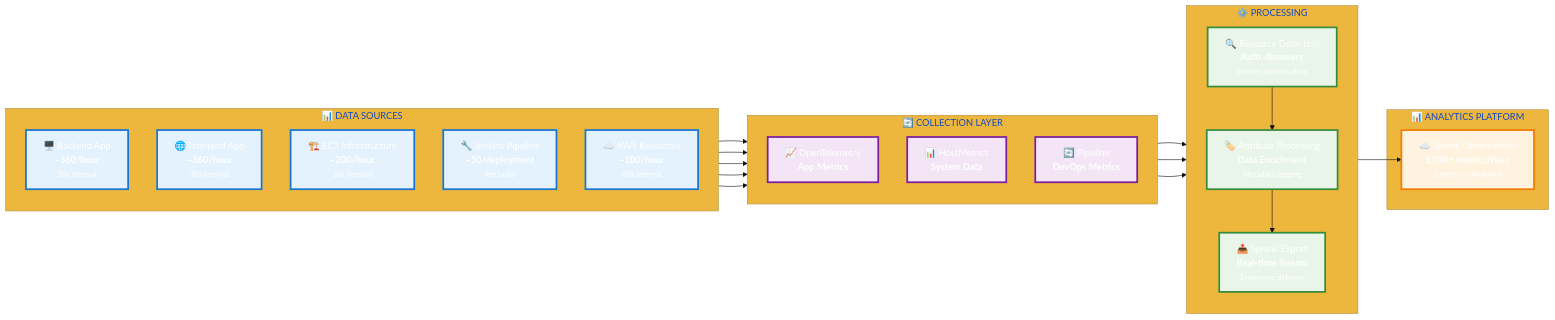
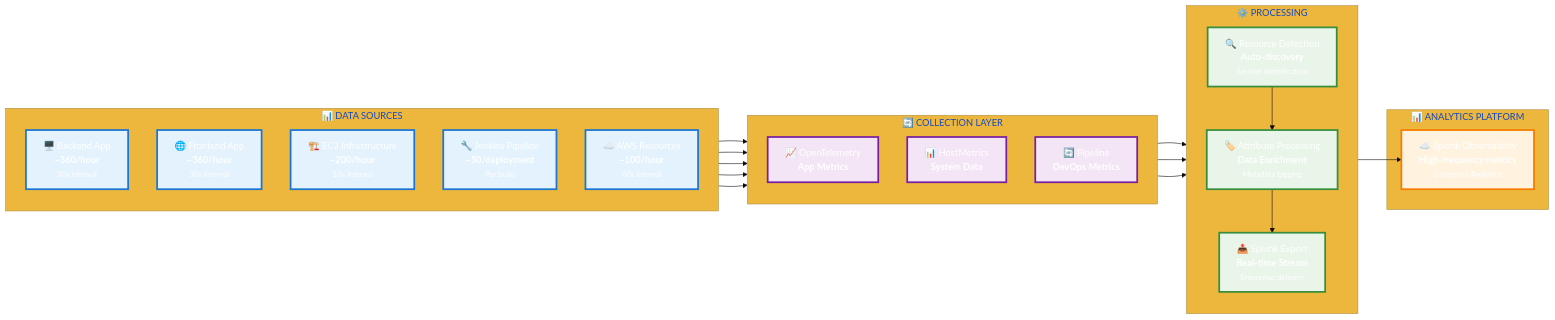
One commit to andreaendigital/CarPricePredictor-Demo changed the seventh of 8 diagrams in docs/jenkins/DOCUMENTATION_FOR_EXPO.md. Above: the diagram before and after it, drawn with Mermaid. The commit also changed other lines of this file and 3 other files, not shown here.

````diff
--- a/docs/jenkins/DOCUMENTATION_FOR_EXPO.md
+++ b/docs/jenkins/DOCUMENTATION_FOR_EXPO.md
@@ -350,55 +551,55 @@
     ```mermaid
     %%{init: {'theme': 'base', 'themeVariables': {'primaryColor': '#2563eb', 'primaryTextColor': '#ffffff'}}}%%
 
     flowchart LR
         subgraph SOURCES ["📊 DATA SOURCES"]
             direction TB
             S1["🖥️ Backend App<br/><b>~360/hour</b><br/><small>30s interval</small>"]
             S2["🌐 Frontend App<br/><b>~360/hour</b><br/><small>30s interval</small>"]
             S3["🏗️ EC2 Infrastructure<br/><b>~200/hour</b><br/><small>10s interval</small>"]
             S4["🔧 Jenkins Pipeline<br/><b>~50/deployment</b><br/><small>Per build</small>"]
             S5["☁️ AWS Resources<br/><b>~100/hour</b><br/><small>60s interval</small>"]
         end
 
         subgraph COLLECTORS ["🔄 COLLECTION LAYER"]
             direction TB
             C1["📈 OpenTelemetry<br/><b>App Metrics</b>"]
             C2["📊 HostMetrics<br/><b>System Data</b>"]
             C3["🔄 Pipeline<br/><b>DevOps Metrics</b>"]
         end
 
         subgraph PROCESSING ["⚙️ PROCESSING"]
             direction TB
             P1["🔍 Resource Detection<br/><b>Auto-discovery</b><br/><small>Service identification</small>"]
             P2["🏷️ Attribute Processing<br/><b>Data Enrichment</b><br/><small>Metadata tagging</small>"]
             P3["📤 Splunk Export<br/><b>Real-time Stream</b><br/><small>Enterprise delivery</small>"]
         end
 
         subgraph ANALYTICS ["📊 ANALYTICS PLATFORM"]
-            A1["☁️ Splunk Observability<br/><b>1,070+ metrics/hour</b><br/><small>Enterprise Analytics</small>"]
+            A1["☁️ Splunk Observability<br/><b>High-frequency metrics</b><br/><small>Enterprise Analytics</small>"]
         end
 
         S1 --> C1
         S2 --> C1
         S3 --> C2
         S4 --> C3
         S5 --> C2
 
         C1 --> P1
         C2 --> P1
         C3 --> P1
 
         P1 --> P2
         P2 --> P3
         P3 --> A1
 
         classDef sources fill:#e3f2fd,stroke:#1976d2,stroke-width:3px
         classDef collectors fill:#f3e5f5,stroke:#7b1fa2,stroke-width:3px
         classDef processing fill:#e8f5e8,stroke:#388e3c,stroke-width:3px
         classDef analytics fill:#fff3e0,stroke:#f57c00,stroke-width:3px
 
         class S1,S2,S3,S4,S5 sources
         class C1,C2,C3 collectors
         class P1,P2,P3 processing
         class A1 analytics
     ```
````
